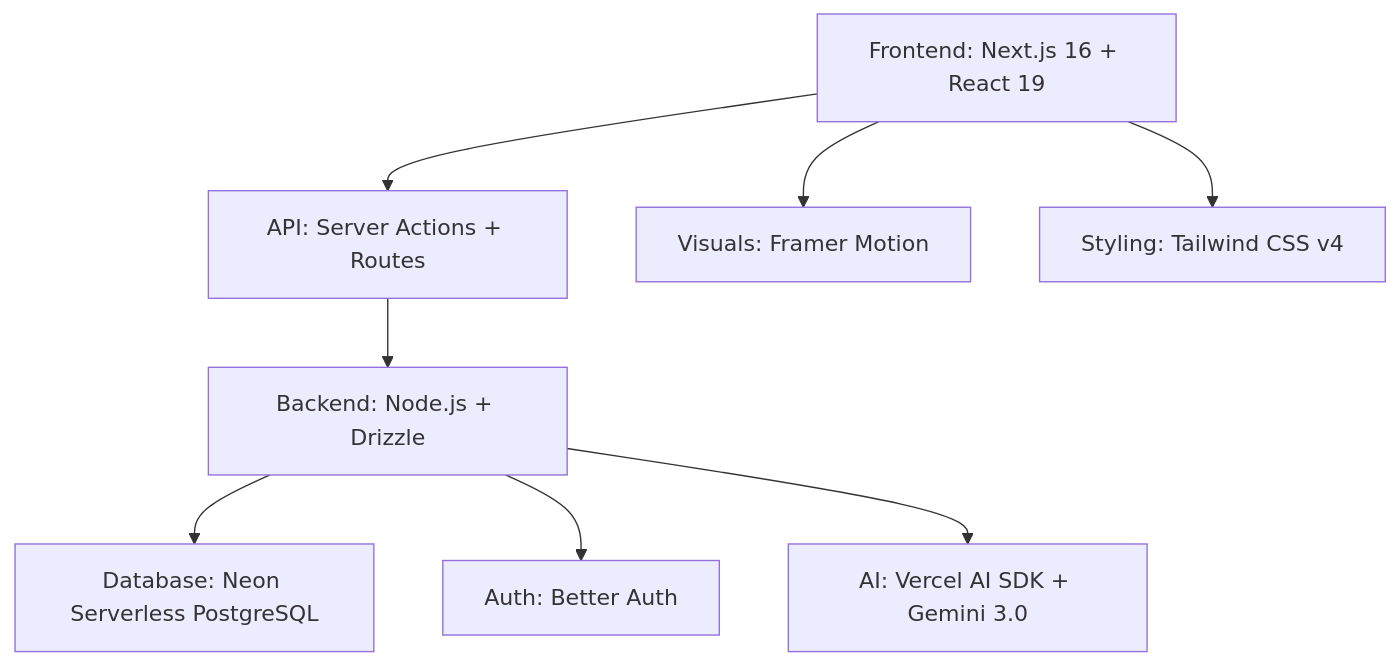
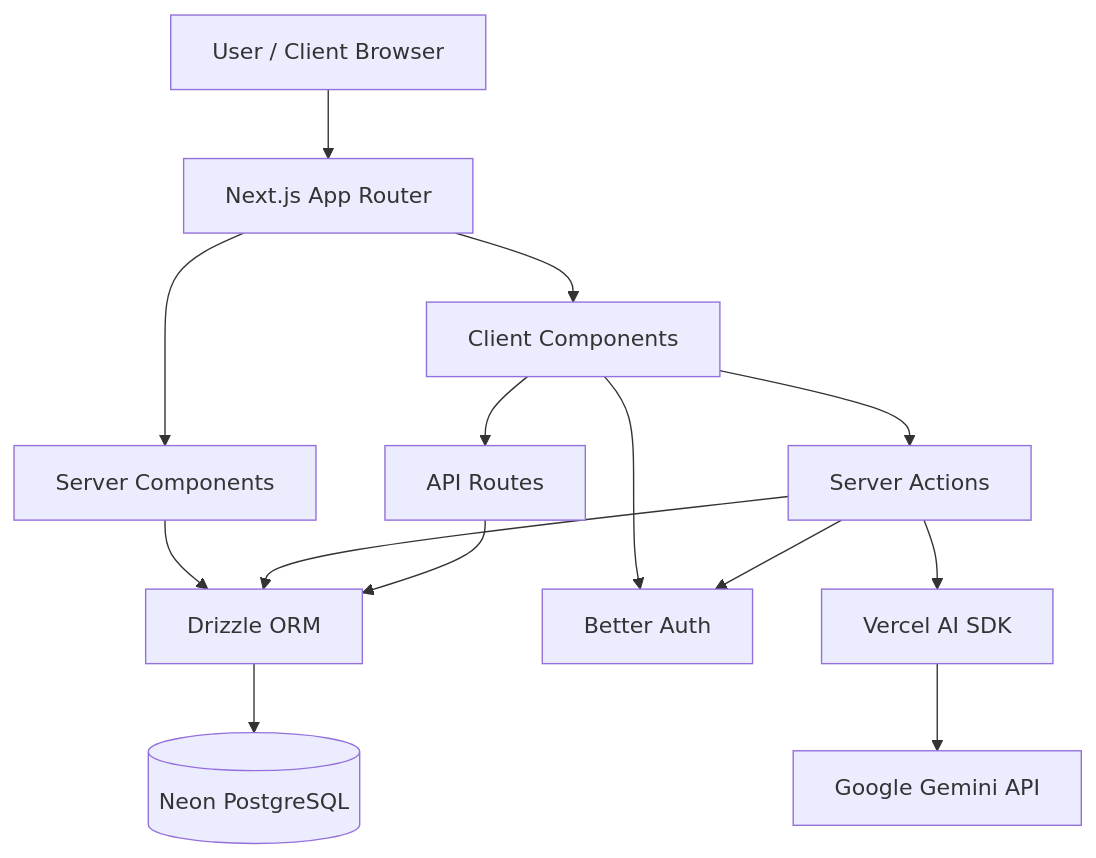
The first of 2 diagrams in README.md (Bharat940/Portfolio_and_Resume), drawn with Mermaid before and after one commit. The commit also changed other lines of this file and 41 other files, not shown here.

Commit message:
feat: added system stats, architecture feature pages and added the recruiter mode cleaner mode

````diff
--- a/README.md
+++ b/README.md
@@ -79,10 +87,28 @@
 ```mermaid
 graph TD
-    A[Frontend: Next.js 16 + React 19] --> B[API: Server Actions + Routes]
-    B --> C[Backend: Node.js + Drizzle]
-    C --> D[Database: Neon Serverless PostgreSQL]
-    A --> E[Visuals: Framer Motion]
-    A --> F[Styling: Tailwind CSS v4]
-    C --> G[Auth: Better Auth]
-    C --> H[AI: Vercel AI SDK + Gemini 3.0]
+    User[User / Client Browser]
+    NextJS[Next.js App Router]
+    ClientComponents[Client Components]
+    ServerComponents[Server Components]
+    ServerActions[Server Actions]
+    APIRoutes[API Routes]
+    Drizzle[Drizzle ORM]
+    Postgres[(Neon PostgreSQL)]
+    BetterAuth[Better Auth]
+    VercelAI[Vercel AI SDK]
+    Gemini[Google Gemini API]
+
+    User --> NextJS
+    NextJS --> ClientComponents
+    NextJS --> ServerComponents
+    ClientComponents --> ServerActions
+    ClientComponents --> APIRoutes
+    ServerComponents --> Drizzle
+    ServerActions --> Drizzle
+    APIRoutes --> Drizzle
+    Drizzle --> Postgres
+    ClientComponents --> BetterAuth
+    ServerActions --> BetterAuth
+    ServerActions --> VercelAI
+    VercelAI --> Gemini
 ```
````
